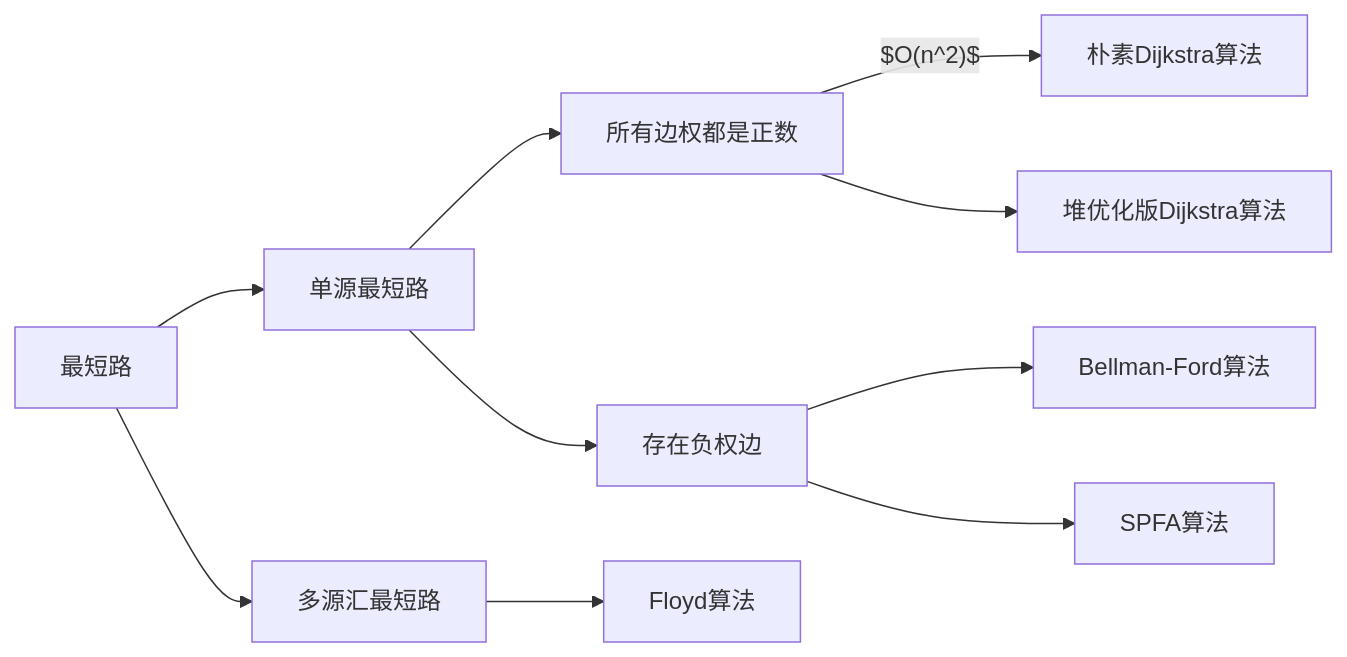
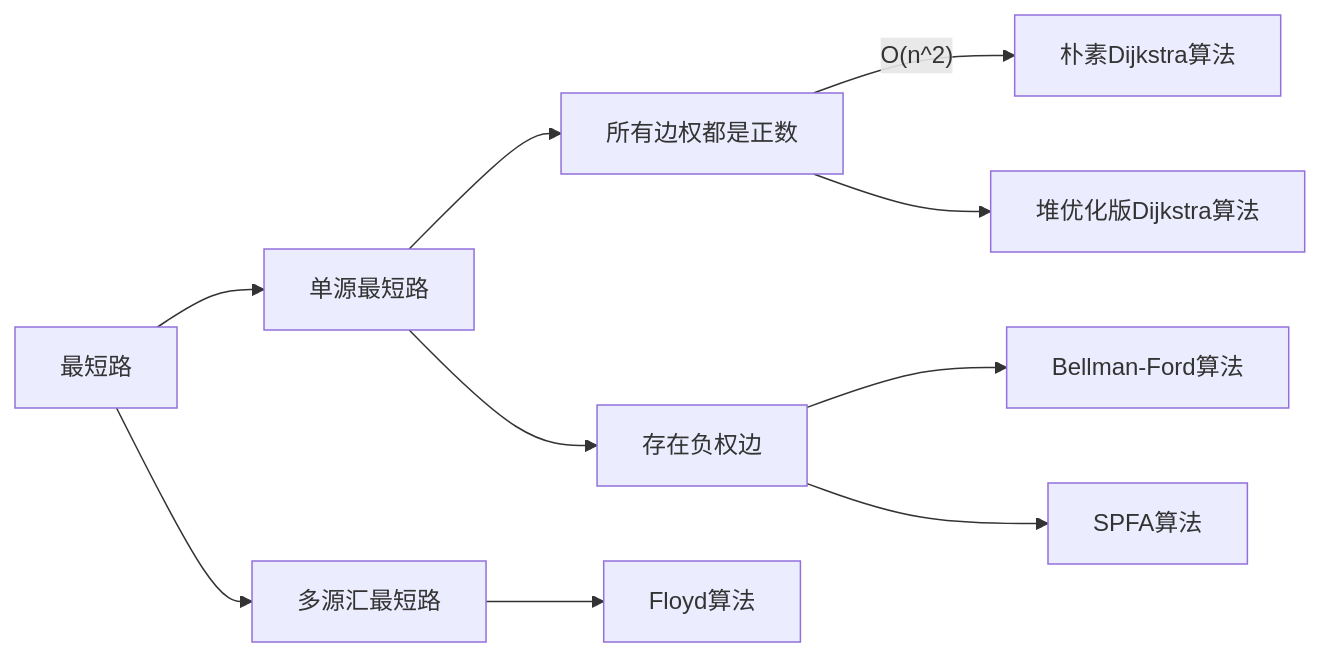
Before and after one commit to Alexsu26/Basic-Algorithm: the diagram in 搜索与图论/README.md, drawn with Mermaid.

Commit message:
测试画图

````diff
--- a/搜索与图论/README.md
+++ b/搜索与图论/README.md
@@ -101,22 +101,22 @@
 ```mermaid
 graph LR;
     A[最短路]
     B[单源最短路]
     C[多源汇最短路]
     D[所有边权都是正数]
     E[存在负权边]
     F[朴素Dijkstra算法]
     G[堆优化版Dijkstra算法]
     H[Bellman-Ford算法]
     I[SPFA算法]
     J[Floyd算法]
     A --> B
     A --> C
     B --> D
     B --> E
     C --> J
-    D -- $O(n^2)$ --> F
+    D -- O(n^2) --> F
     D --> G
     E --> H
     E --> I
 ```
````
